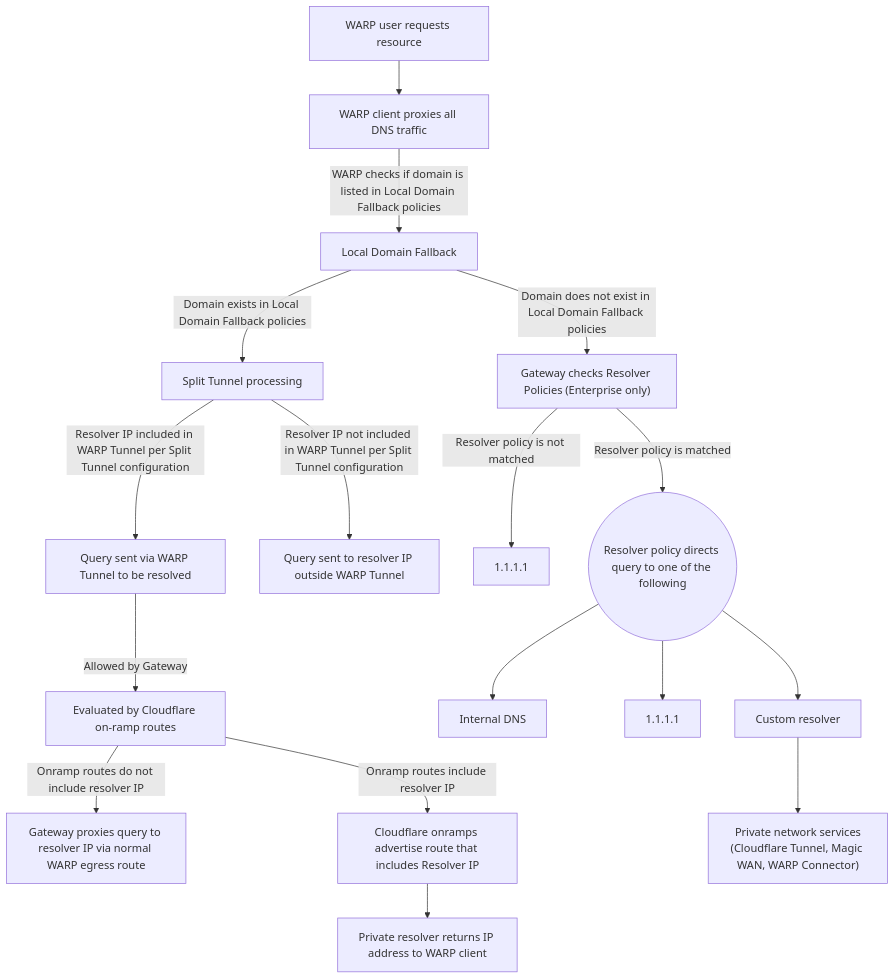
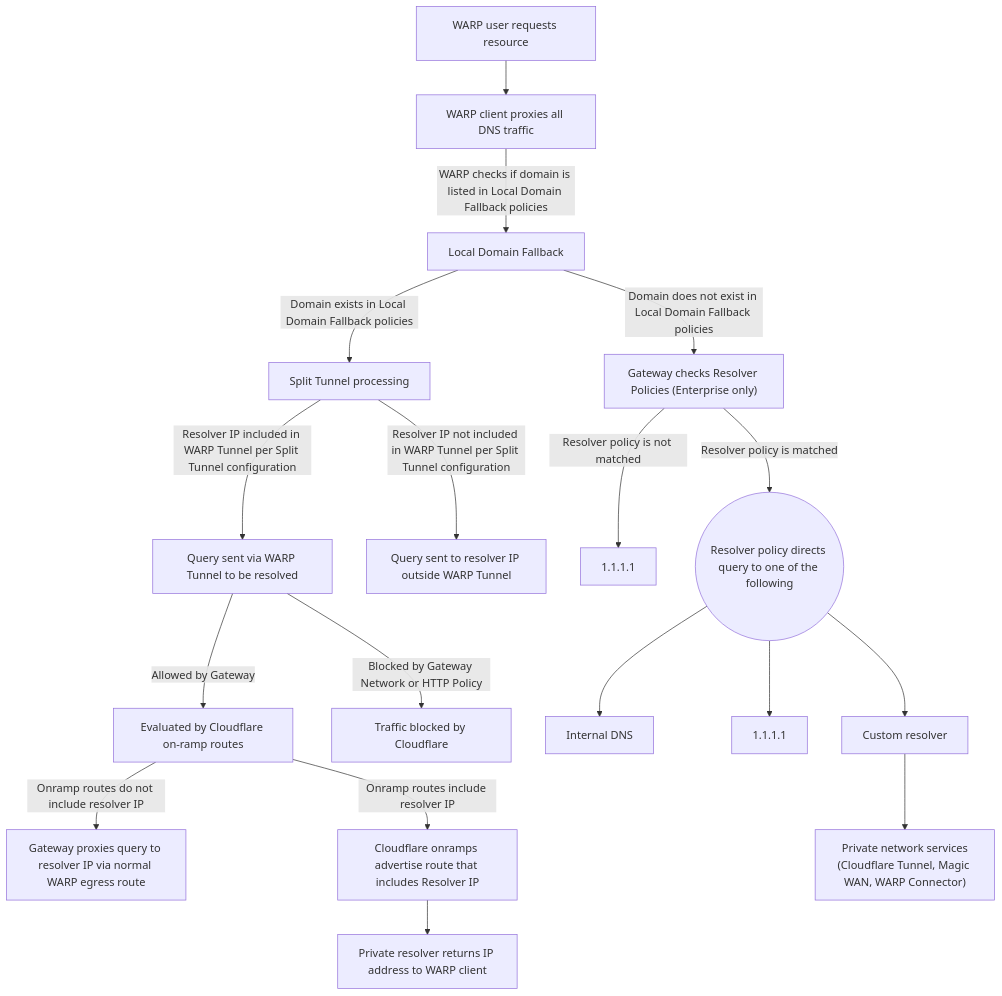
One commit to cloudflare/cloudflare-docs changed the diagram in src/content/docs/cloudflare-one/connections/connect-devices/warp/configure-warp/route-traffic/index.mdx. Above: the diagram before and after it, drawn with Mermaid.

````diff
--- a/src/content/docs/cloudflare-one/connections/connect-devices/warp/configure-warp/route-traffic/index.mdx
+++ b/src/content/docs/cloudflare-one/connections/connect-devices/warp/configure-warp/route-traffic/index.mdx
@@ -30,27 +30,30 @@
 ```mermaid
 flowchart TD
     A["WARP user requests resource"] --> B["WARP client proxies all DNS traffic"]
     B -- WARP checks if domain is listed in Local Domain Fallback policies --> C["Local Domain Fallback"]
 
     %% Left branch (LDF exists)
     C -- Domain exists in Local Domain Fallback policies --> ST["Split Tunnel processing"]
 
     ST -- Resolver IP included in WARP Tunnel per Split Tunnel configuration --> QW["Query sent via WARP Tunnel to be resolved"]
     ST -- Resolver IP not included in WARP Tunnel per Split Tunnel configuration --> QO["Query sent to resolver IP outside WARP Tunnel"]
 
+    %% Gateway evaluation after query via WARP
     QW -- Allowed by Gateway --> OR["Evaluated by Cloudflare on-ramp routes"]
+    QW -- Blocked by Gateway Network or HTTP Policy --> BLK["Traffic blocked by Cloudflare"]
+
     OR -- Onramp routes do not include resolver IP --> GP["Gateway proxies query to resolver IP via normal WARP egress route"]
     OR -- Onramp routes include resolver IP --> ADV["Cloudflare onramps advertise route that includes Resolver IP"]
     ADV --> PR["Private resolver returns IP address to WARP client"]
 
     %% Right branch (no LDF match)
     C -- Domain does not exist in Local Domain Fallback policies --> GWR["Gateway checks Resolver Policies (Enterprise only)"]
 
     GWR -- Resolver policy is not matched --> C1111a["1.1.1.1"]
 
     GWR -- Resolver policy is matched --> MATCH((Resolver policy directs query to one of the following))
     MATCH --> IDNS["Internal DNS"]
     MATCH --> C1111b["1.1.1.1"]
     MATCH --> CUST["Custom resolver"]
     CUST --> PNS["Private network services<br>(Cloudflare Tunnel, Magic WAN, WARP Connector)"]
 ```
````
